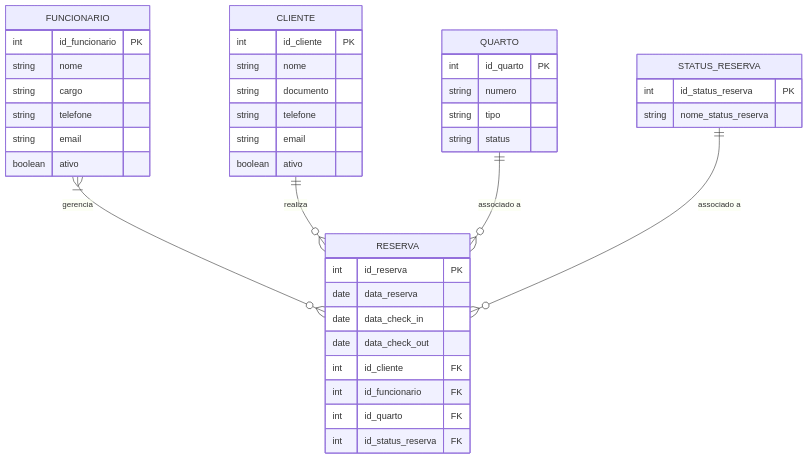
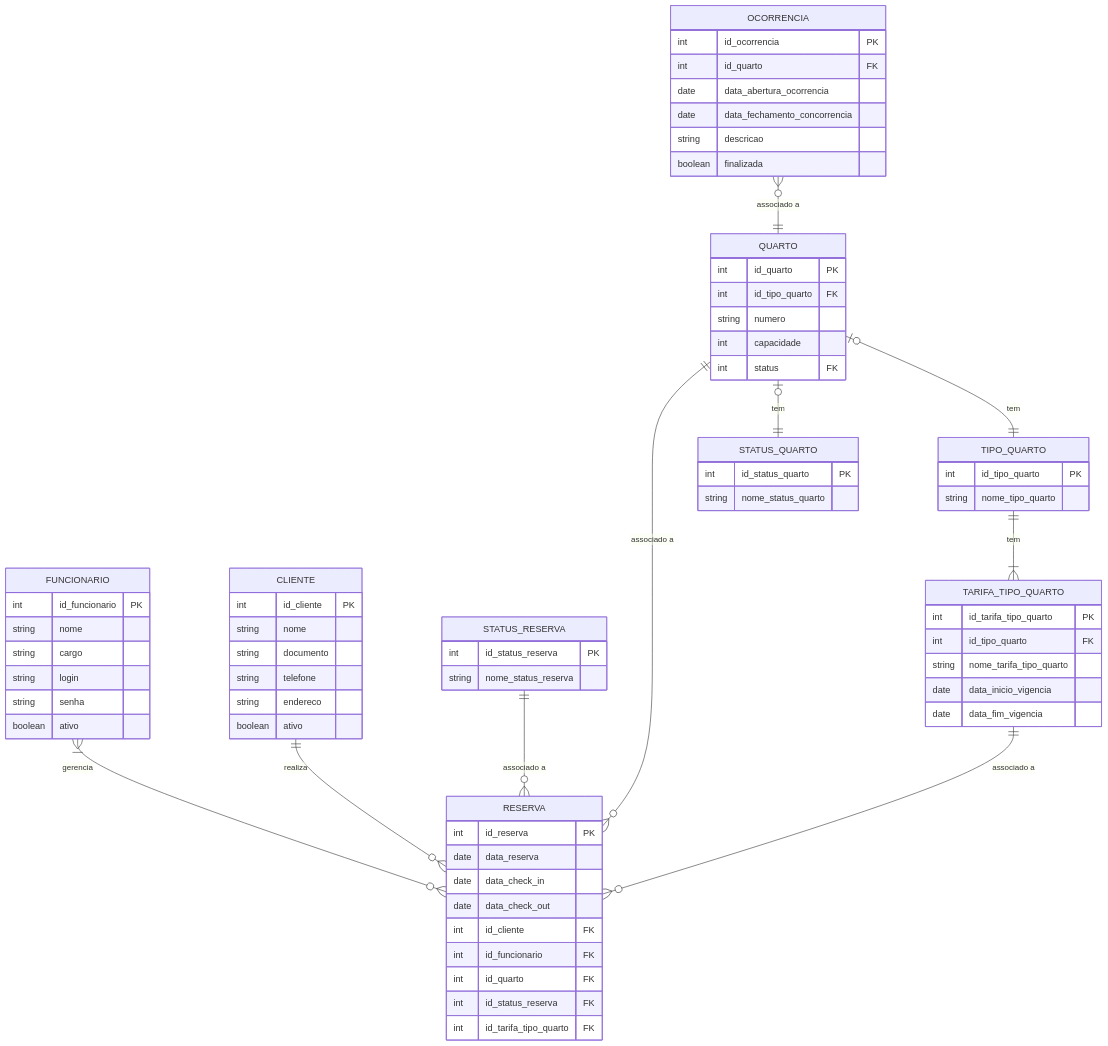
One commit to rodrigotmo/fullstack1-hotel-manager changed the diagram in README.md. Above: the diagram before and after it, drawn with Mermaid.

Commit message:
Ajustando Diagrama ER com os cenários novos

````diff
--- a/README.md
+++ b/README.md
@@ -9,16 +9,35 @@
         int id_funcionario PK
         string nome
         string cargo
-        string telefone
-        string email
+        string login
+        string senha
         boolean ativo
     }
 
     QUARTO {
         int id_quarto PK
+        int id_tipo_quarto FK
         string numero
-        string tipo
-        string status
+        int capacidade
+        int status FK
+    }
+
+    TIPO_QUARTO {
+        int id_tipo_quarto PK
+        string nome_tipo_quarto
+    }
+
+    TARIFA_TIPO_QUARTO {
+        int id_tarifa_tipo_quarto PK
+        int id_tipo_quarto FK
+        string nome_tarifa_tipo_quarto
+        date data_inicio_vigencia 
+        date data_fim_vigencia 
+    }
+
+    STATUS_QUARTO {
+        int id_status_quarto PK
+        string nome_status_quarto
     }
 
     CLIENTE {
@@ -26,7 +45,7 @@
         string nome
         string documento
         string telefone
-        string email
+        string endereco
         boolean ativo
     }
 
@@ -39,6 +58,7 @@
         int id_funcionario FK
         int id_quarto FK
         int id_status_reserva FK
+        int id_tarifa_tipo_quarto FK
     }
 
     STATUS_RESERVA {
@@ -46,8 +66,28 @@
         string nome_status_reserva
     }
 
+    OCORRENCIA {
+        int id_ocorrencia PK
+        int id_quarto FK
+        date data_abertura_ocorrencia
+        date data_fechamento_concorrencia
+        string descricao
+        boolean finalizada
+    }
+
+
+
     FUNCIONARIO }|--o{ RESERVA : "gerencia"
     CLIENTE ||--o{ RESERVA : "realiza"
+    STATUS_RESERVA ||--o{ RESERVA : "associado a"
+    OCORRENCIA }o--|| QUARTO : "associado a"
+    
+    
     QUARTO ||--o{ RESERVA : "associado a"
-    STATUS_RESERVA ||--o{ RESERVA : "associado a"
+    QUARTO |o--|| STATUS_QUARTO: "tem"
+    
+    QUARTO |o--|| TIPO_QUARTO: "tem"
+    TIPO_QUARTO ||--|{ TARIFA_TIPO_QUARTO: "tem"
+
+    TARIFA_TIPO_QUARTO ||--o{ RESERVA: "associado a" 
 ```
````
